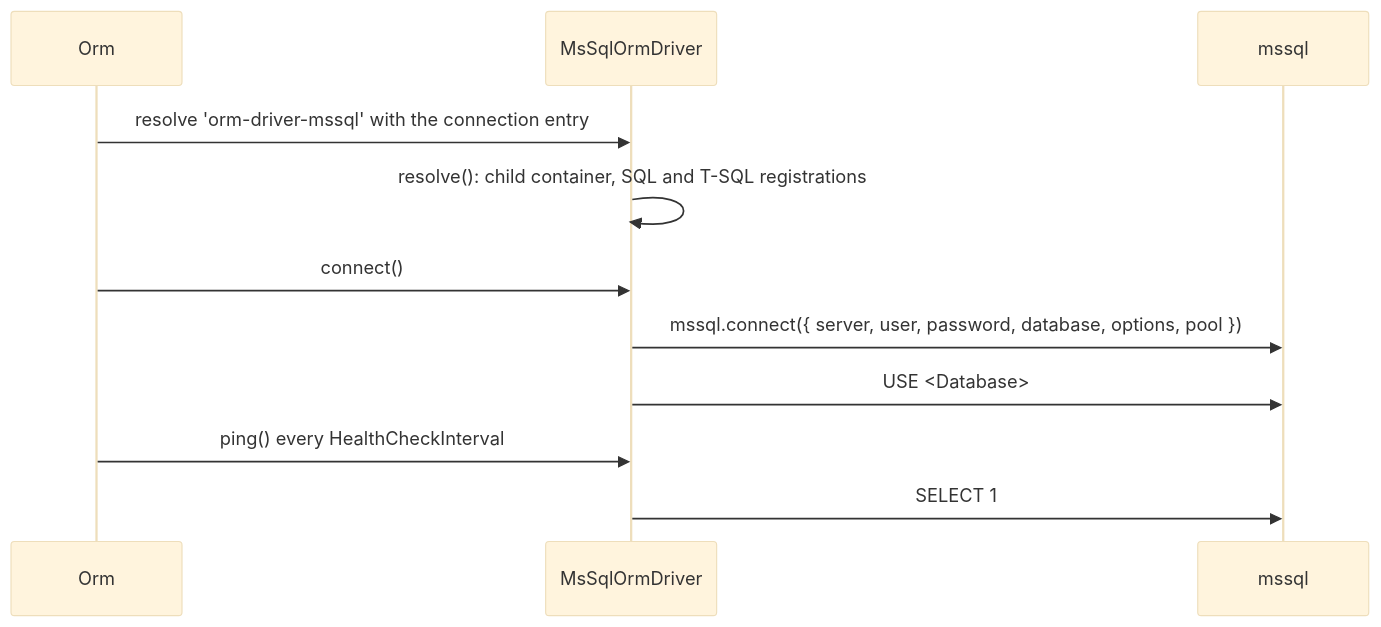
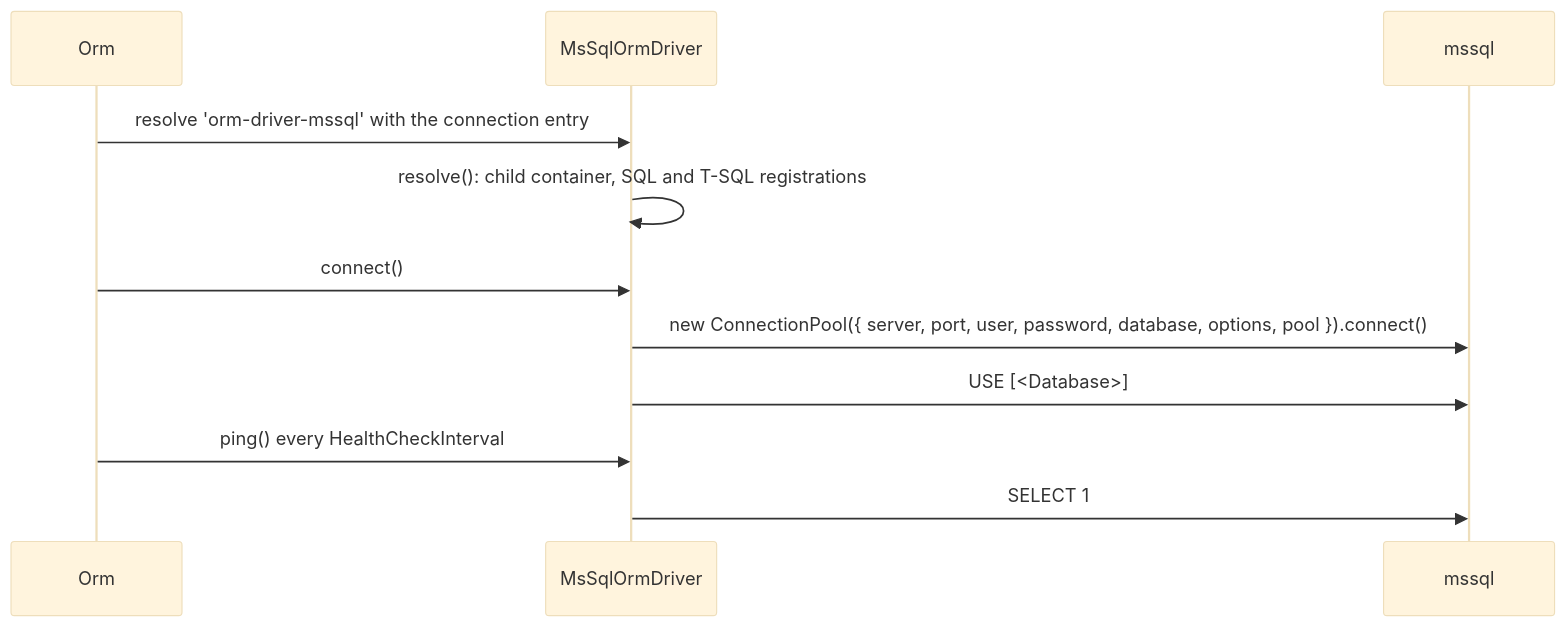
Before and after one commit to spinajs/main: the diagram in docs/orm-mssql/01-configuration.md, drawn with Mermaid (base theme). The commit also changed other lines of this file and 16 other files, not shown here.

````diff
--- a/docs/orm-mssql/01-configuration.md
+++ b/docs/orm-mssql/01-configuration.md
@@ -15,13 +15,13 @@
 ```mermaid
 sequenceDiagram
   participant Orm
   participant D as MsSqlOrmDriver
   participant M as mssql
   Orm->>D: resolve 'orm-driver-mssql' with the connection entry
   D->>D: resolve(): child container, SQL and T-SQL registrations
   Orm->>D: connect()
-  D->>M: mssql.connect({ server, user, password, database, options, pool })
-  D->>M: USE <Database>
+  D->>M: new ConnectionPool({ server, port, user, password, database, options, pool }).connect()
+  D->>M: USE [<Database>]
   Orm->>D: ping() every HealthCheckInterval
   D->>M: SELECT 1
 ```
````
